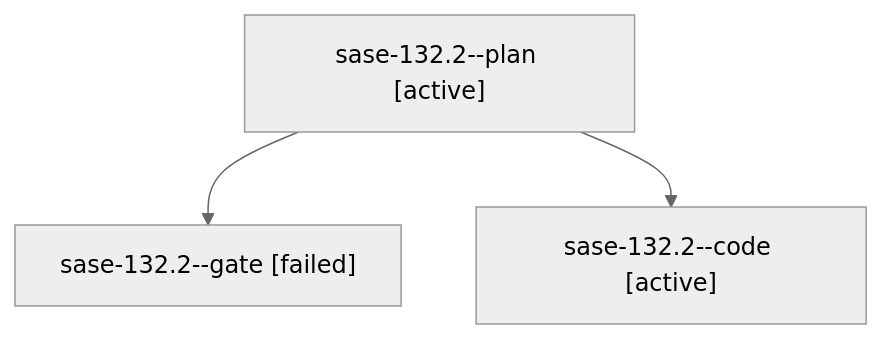
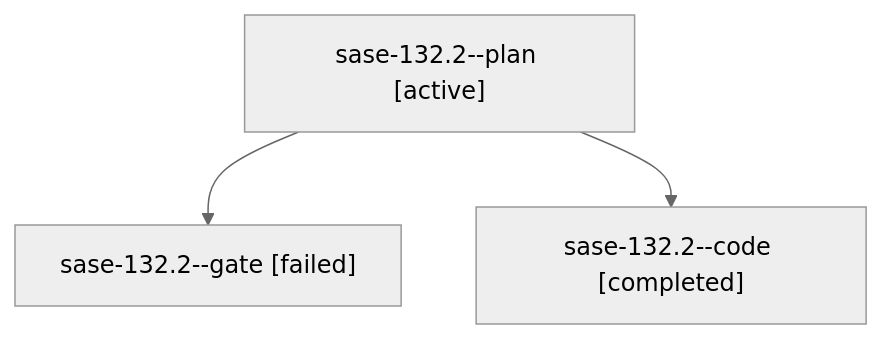
Before and after one commit to sase-org/sase--agents: the diagram in families/bbugyi200.athena.sase-132.2.md, drawn with Mermaid (neutral theme). The commit also changed other lines of this file and 35830 other files, not shown here.

````diff
--- a/families/bbugyi200.athena.sase-132.2.md
+++ b/families/bbugyi200.athena.sase-132.2.md
@@ -9,8 +9,8 @@
 ```mermaid
 flowchart TD
   n0["sase-132.2--plan [active]"]
   n1["sase-132.2--gate [failed]"]
   n0 --> n1
-  n2["sase-132.2--code [active]"]
+  n2["sase-132.2--code [completed]"]
   n0 --> n2
 ```
````
